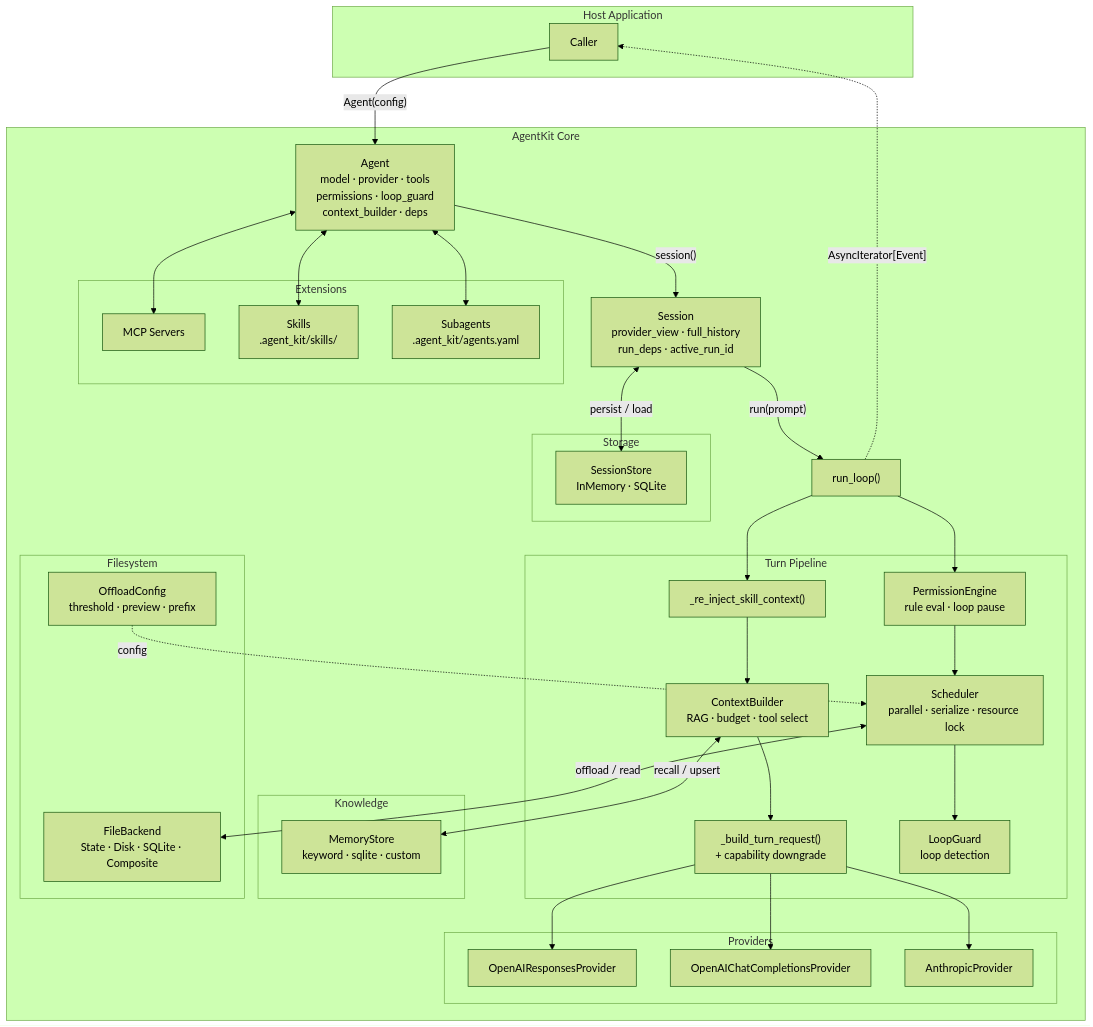
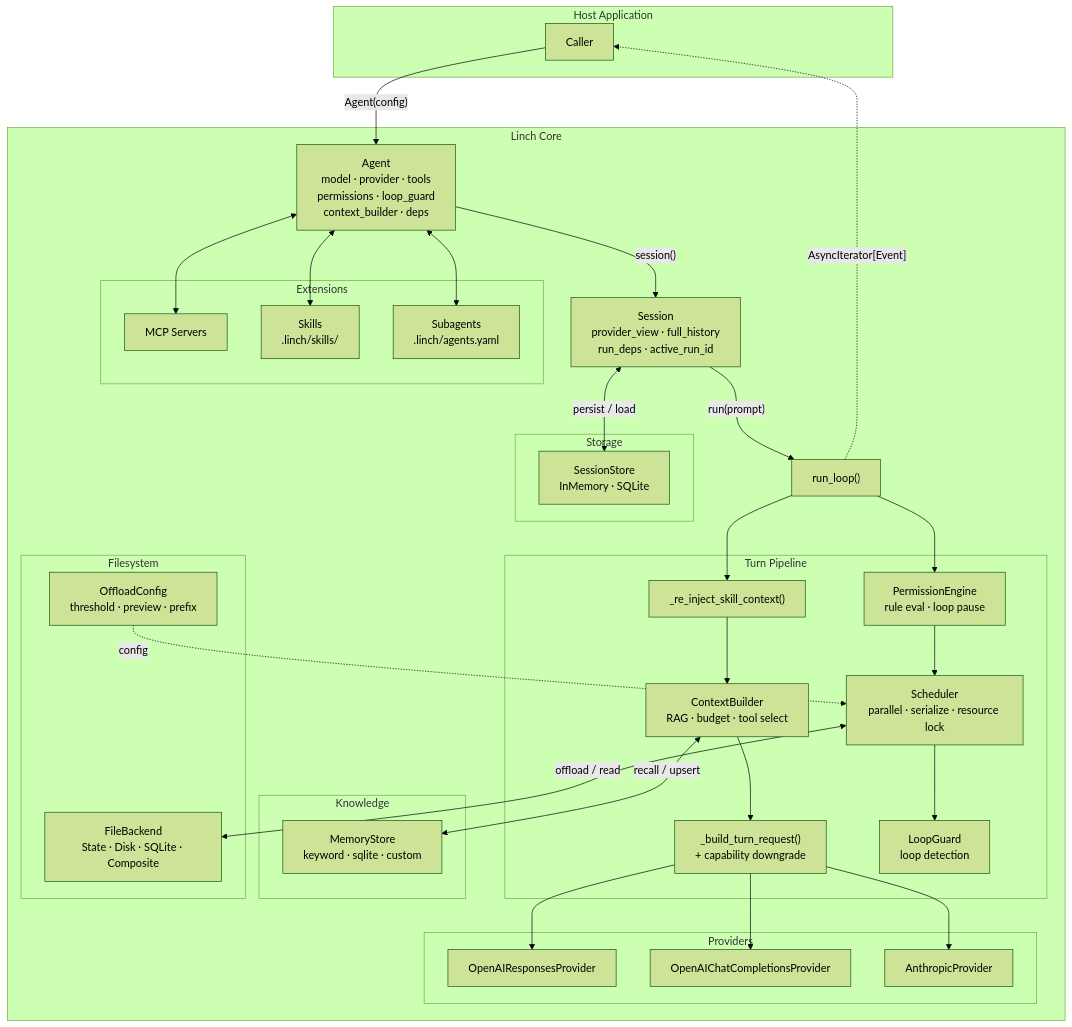
Before and after one commit to DuyTa506/linch: the first of 14 diagrams in docs/architecture.md, drawn with Mermaid (forest theme). The commit also changed other lines of this file and 192 other files, not shown here.

First line of the commit message:
Rename package agent_kit → linch throughout

````diff
--- a/docs/architecture.md
+++ b/docs/architecture.md
@@ -11,63 +11,63 @@
 ```mermaid
 graph TD
     subgraph Host["Host Application"]
         Caller["Caller"]
     end
 
-    subgraph Core["AgentKit Core"]
+    subgraph Core["Linch Core"]
         Agent["Agent\nmodel · provider · tools\npermissions · loop_guard\ncontext_builder · deps"]
         Session["Session\nprovider_view · full_history\nrun_deps · active_run_id"]
         RunLoop["run_loop()"]
 
         subgraph Pipeline["Turn Pipeline"]
             SK["_re_inject_skill_context()"]
             CB["ContextBuilder\nRAG · budget · tool select"]
             BTR["_build_turn_request()\n+ capability downgrade"]
             PERM["PermissionEngine\nrule eval · loop pause"]
             SCHED["Scheduler\nparallel · serialize · resource lock"]
             LG["LoopGuard\nloop detection"]
         end
 
         subgraph Providers["Providers"]
             OAR["OpenAIResponsesProvider"]
             OAC["OpenAIChatCompletionsProvider"]
             ANT["AnthropicProvider"]
         end
 
         subgraph Storage["Storage"]
             SS["SessionStore\nInMemory · SQLite"]
         end
 
         subgraph Knowledge["Knowledge"]
             MEM["MemoryStore\nkeyword · sqlite · custom"]
         end
 
         subgraph Filesystem["Filesystem"]
             FS["FileBackend\nState · Disk · SQLite · Composite"]
             OFF["OffloadConfig\nthreshold · preview · prefix"]
         end
 
         subgraph Extensions["Extensions"]
             MCP["MCP Servers"]
-            SKILLS["Skills\n.agent_kit/skills/"]
-            SUBA["Subagents\n.agent_kit/agents.yaml"]
+            SKILLS["Skills\n.linch/skills/"]
+            SUBA["Subagents\n.linch/agents.yaml"]
         end
     end
 
     Caller -->|"Agent(config)"| Agent
     Agent -->|"session()"| Session
     Session -->|"run(prompt)"| RunLoop
     RunLoop --> SK
     SK --> CB
     CB --> BTR
     BTR --> OAR & OAC & ANT
     RunLoop --> PERM
     PERM --> SCHED
     SCHED --> LG
     RunLoop -.->|"AsyncIterator[Event]"| Caller
     Session <-->|"persist / load"| SS
     CB <-->|"recall / upsert"| MEM
     Agent <--> MCP & SKILLS & SUBA
     SCHED <-->|"offload / read"| FS
     OFF -.->|"config"| SCHED
 ```
````
